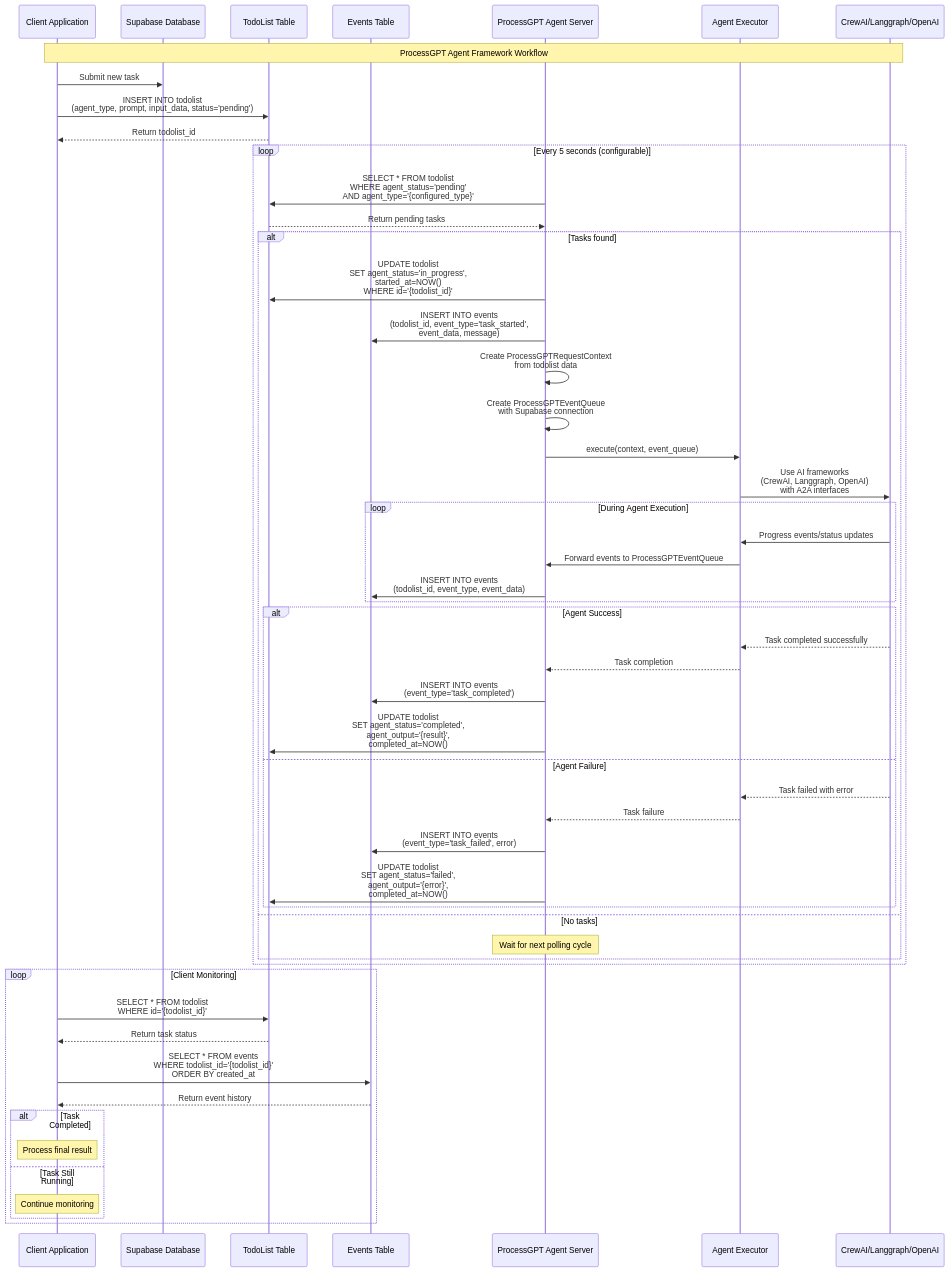
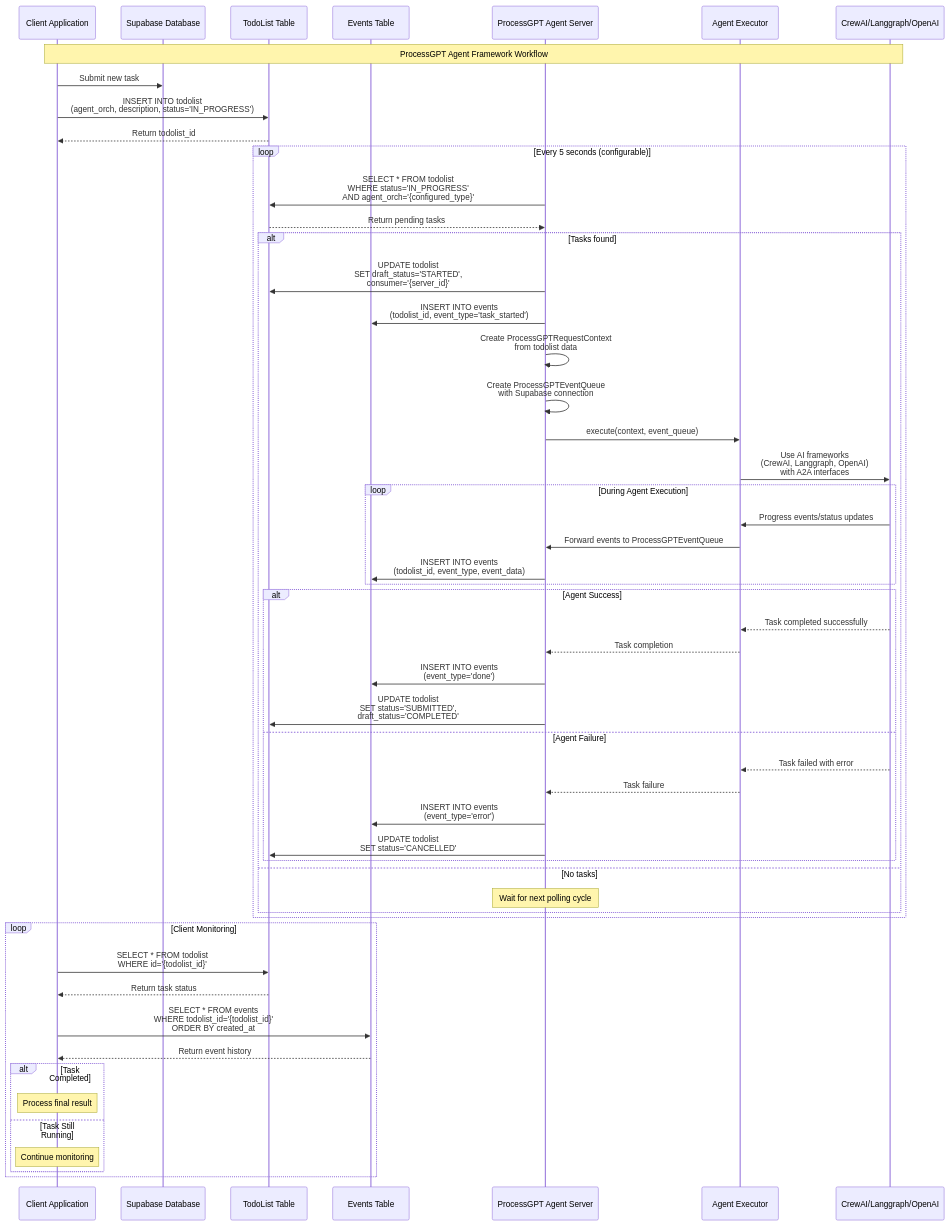
One commit to uengine-oss/process-gpt-agent-sdk changed the diagram in README.md. Above: the diagram before and after it, drawn with Mermaid. The commit also changed other lines of this file, not shown here.

````diff
--- a/README.md
+++ b/README.md
@@ -548,77 +678,77 @@
 ```mermaid
 sequenceDiagram
     participant Client as Client Application
     participant DB as Supabase Database
     participant TodoTable as TodoList Table
     participant EventTable as Events Table
     participant Server as ProcessGPT Agent Server
     participant Executor as Agent Executor
     participant AI as CrewAI/Langgraph/OpenAI
 
     Note over Client, AI: ProcessGPT Agent Framework Workflow
 
     %% Task Submission
     Client->>DB: Submit new task
-    Client->>TodoTable: INSERT INTO todolist<br/>(agent_type, prompt, input_data, status='pending')
+    Client->>TodoTable: INSERT INTO todolist<br/>(agent_orch, description, status='IN_PROGRESS')
     TodoTable-->>Client: Return todolist_id
 
     %% Server Polling Loop
     loop Every 5 seconds (configurable)
-        Server->>TodoTable: SELECT * FROM todolist<br/>WHERE agent_status='pending'<br/>AND agent_type='{configured_type}'
+        Server->>TodoTable: SELECT * FROM todolist<br/>WHERE status='IN_PROGRESS'<br/>AND agent_orch='{configured_type}'
         TodoTable-->>Server: Return pending tasks
         
         alt Tasks found
-            Server->>TodoTable: UPDATE todolist<br/>SET agent_status='in_progress',<br/>started_at=NOW()<br/>WHERE id='{todolist_id}'
+            Server->>TodoTable: UPDATE todolist<br/>SET draft_status='STARTED',<br/>consumer='{server_id}'
             
             %% Event Logging - Task Started
-            Server->>EventTable: INSERT INTO events<br/>(todolist_id, event_type='task_started',<br/>event_data, message)
+            Server->>EventTable: INSERT INTO events<br/>(todolist_id, event_type='task_started')
             
             %% Create Request Context
             Server->>Server: Create ProcessGPTRequestContext<br/>from todolist data
             
             %% Create Event Queue
             Server->>Server: Create ProcessGPTEventQueue<br/>with Supabase connection
             
             %% Execute Agent
             Server->>Executor: execute(context, event_queue)
             
             %% Agent Processing with AI Frameworks
             Executor->>AI: Use AI frameworks<br/>(CrewAI, Langgraph, OpenAI)<br/>with A2A interfaces
             
             loop During Agent Execution
                 AI->>Executor: Progress events/status updates
                 Executor->>Server: Forward events to ProcessGPTEventQueue
                 Server->>EventTable: INSERT INTO events<br/>(todolist_id, event_type, event_data)
             end
             
             alt Agent Success
                 AI-->>Executor: Task completed successfully
                 Executor-->>Server: Task completion
-                Server->>EventTable: INSERT INTO events<br/>(event_type='task_completed')
-                Server->>TodoTable: UPDATE todolist<br/>SET agent_status='completed',<br/>agent_output='{result}',<br/>completed_at=NOW()
+                Server->>EventTable: INSERT INTO events<br/>(event_type='done')
+                Server->>TodoTable: UPDATE todolist<br/>SET status='SUBMITTED',<br/>draft_status='COMPLETED'
             else Agent Failure
                 AI-->>Executor: Task failed with error
                 Executor-->>Server: Task failure
-                Server->>EventTable: INSERT INTO events<br/>(event_type='task_failed', error)
-                Server->>TodoTable: UPDATE todolist<br/>SET agent_status='failed',<br/>agent_output='{error}',<br/>completed_at=NOW()
+                Server->>EventTable: INSERT INTO events<br/>(event_type='error')
+                Server->>TodoTable: UPDATE todolist<br/>SET status='CANCELLED'
             end
         else No tasks
             Note over Server: Wait for next polling cycle
         end
     end
 
     %% Client Status Monitoring
     loop Client Monitoring
         Client->>TodoTable: SELECT * FROM todolist<br/>WHERE id='{todolist_id}'
         TodoTable-->>Client: Return task status
         
         Client->>EventTable: SELECT * FROM events<br/>WHERE todolist_id='{todolist_id}'<br/>ORDER BY created_at
         EventTable-->>Client: Return event history
         
         alt Task Completed
             Note over Client: Process final result
         else Task Still Running
             Note over Client: Continue monitoring
         end
     end
 ```
````
